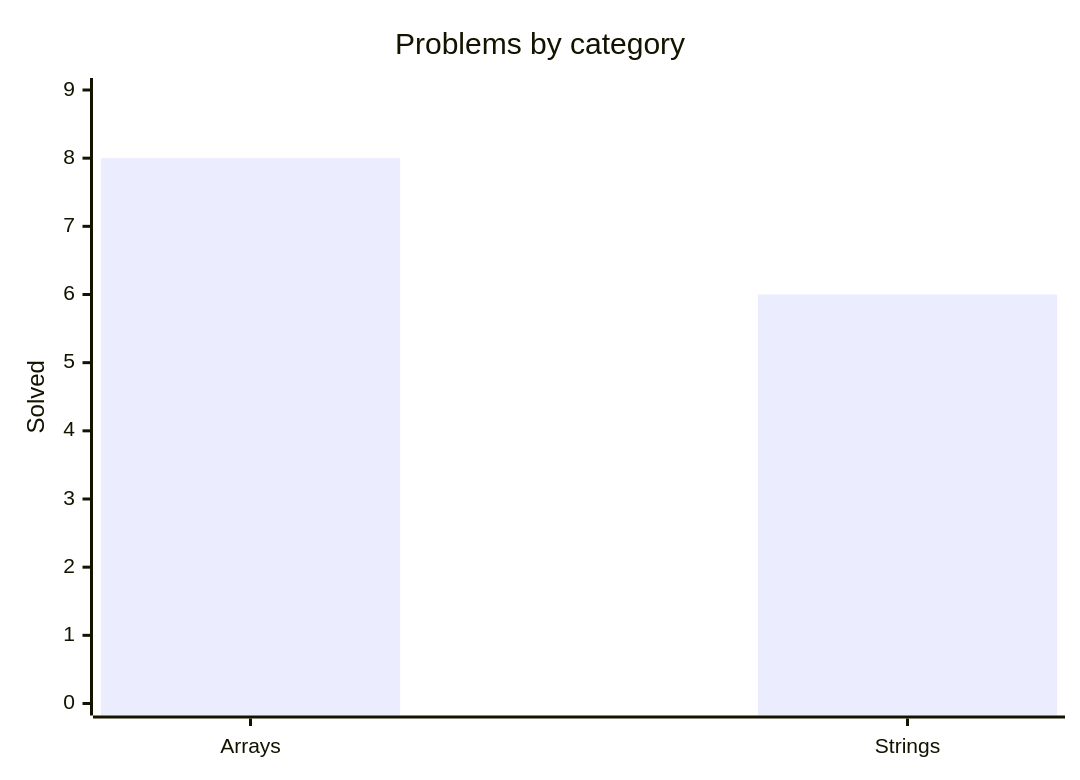
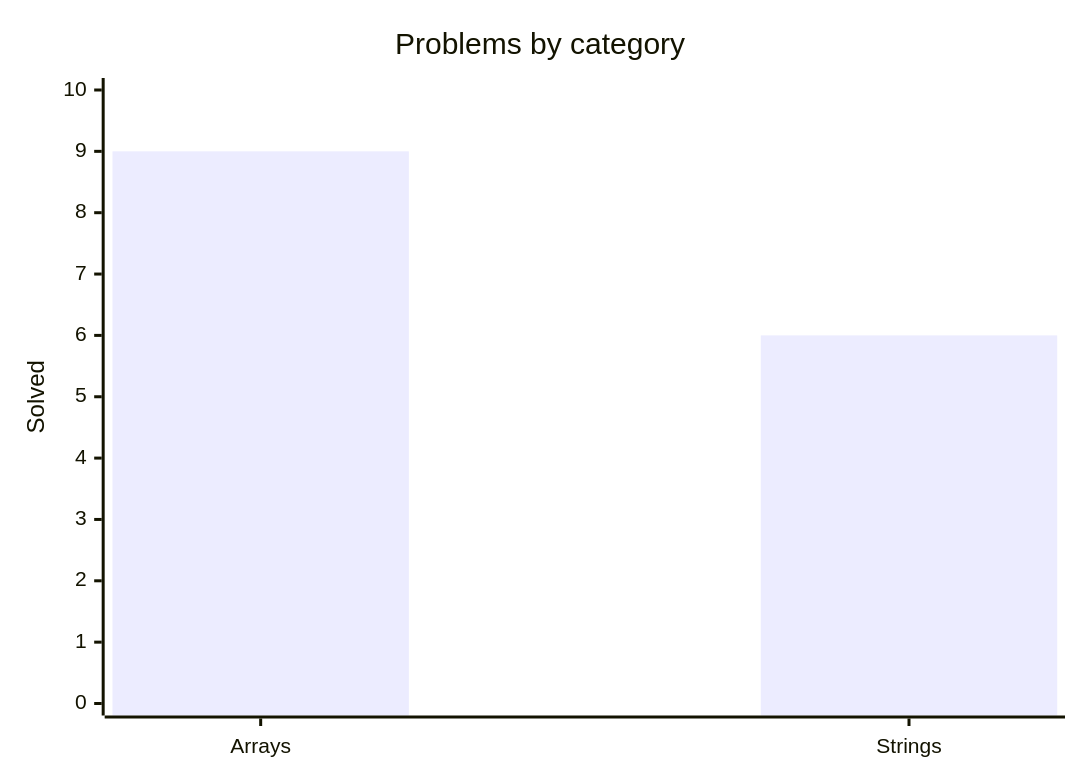
One commit to mauli-waghmore/data-structures-algorithms-kotlin changed the diagram in README.md. Above: the diagram before and after it, drawn with Mermaid. The commit also changed other lines of this file and 1 other file, not shown here.

````diff
--- a/README.md
+++ b/README.md
@@ -35,8 +35,8 @@
 ```mermaid
 %%{init: {"xyChart": {"plotColorPalette": "#7F52FF"}}}%%
 xychart-beta
     title "Problems by category"
     x-axis ["Arrays", "Strings"]
-    y-axis "Solved" 0 --> 9
-    bar [8, 6]
+    y-axis "Solved" 0 --> 10
+    bar [9, 6]
 ```
````
